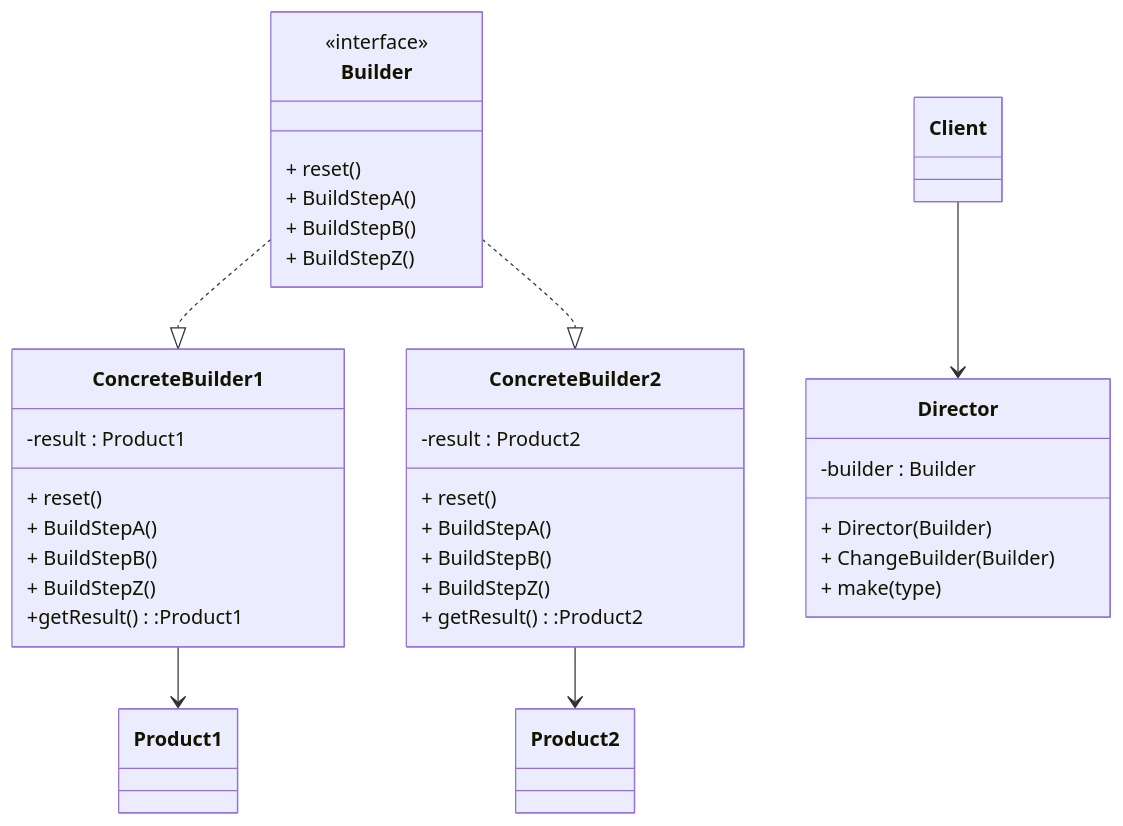
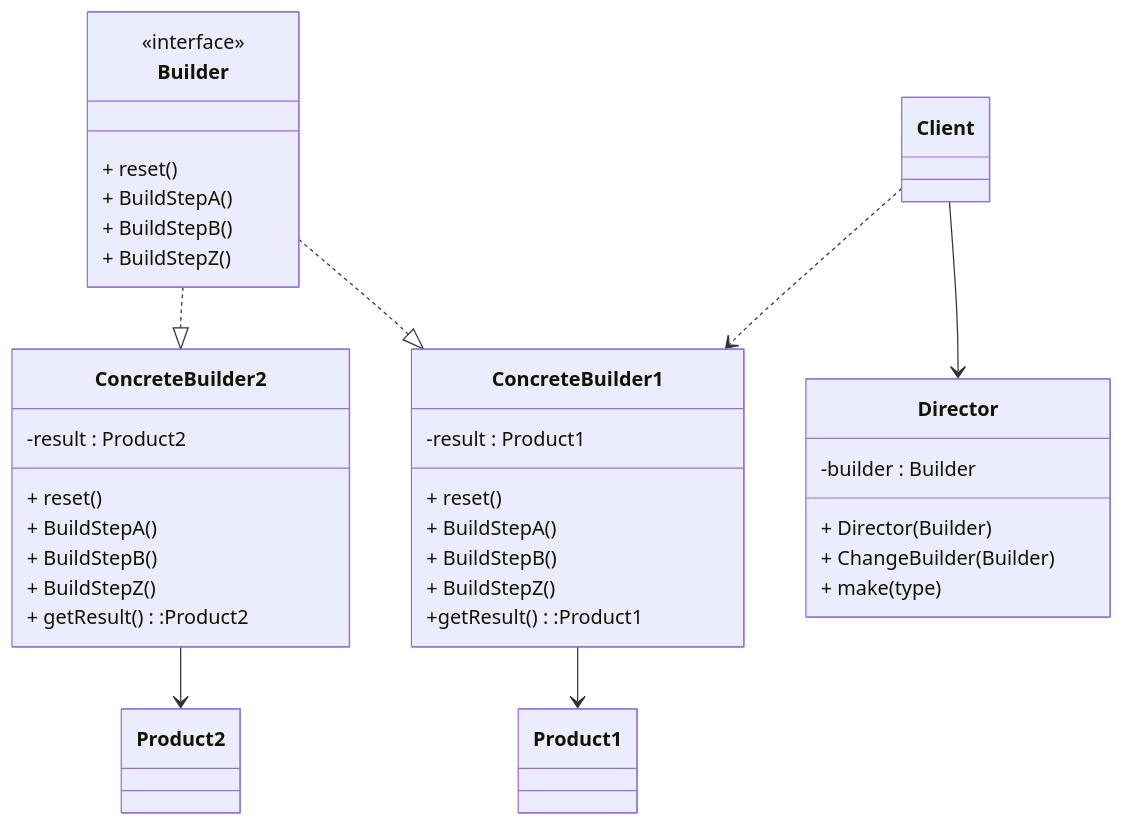
The diagram in Builder/README.md (kirolossedra/Creational-Design-Patterns), drawn with Mermaid before and after one commit.

````diff
--- a/Builder/README.md
+++ b/Builder/README.md
@@ -2,46 +2,47 @@
 ```mermaid
 classDiagram
 Builder ..|> ConcreteBuilder1
 Builder ..|> ConcreteBuilder2
 ConcreteBuilder1 --> Product1
 ConcreteBuilder2 --> Product2
 Client --> Director
+Client ..> ConcreteBuilder1
 class Client
 class Builder{
 <<interface>> 
     + reset()
     + BuildStepA()
     + BuildStepB()
     + BuildStepZ()
 }
 
 class Director{
 -builder : Builder
 + Director(Builder)
 + ChangeBuilder(Builder)
 + make(type)
 }
 
 class ConcreteBuilder1{
 -result : Product1
 + reset()
 + BuildStepA()
 + BuildStepB()
 + BuildStepZ()
 +getResult():Product1
 
 }
 
 class ConcreteBuilder2{
 -result : Product2
 + reset()
 + BuildStepA()
 + BuildStepB()
 + BuildStepZ()
 + getResult():Product2
 
 }
 class Product1
 class Product2
 
 ```
````
